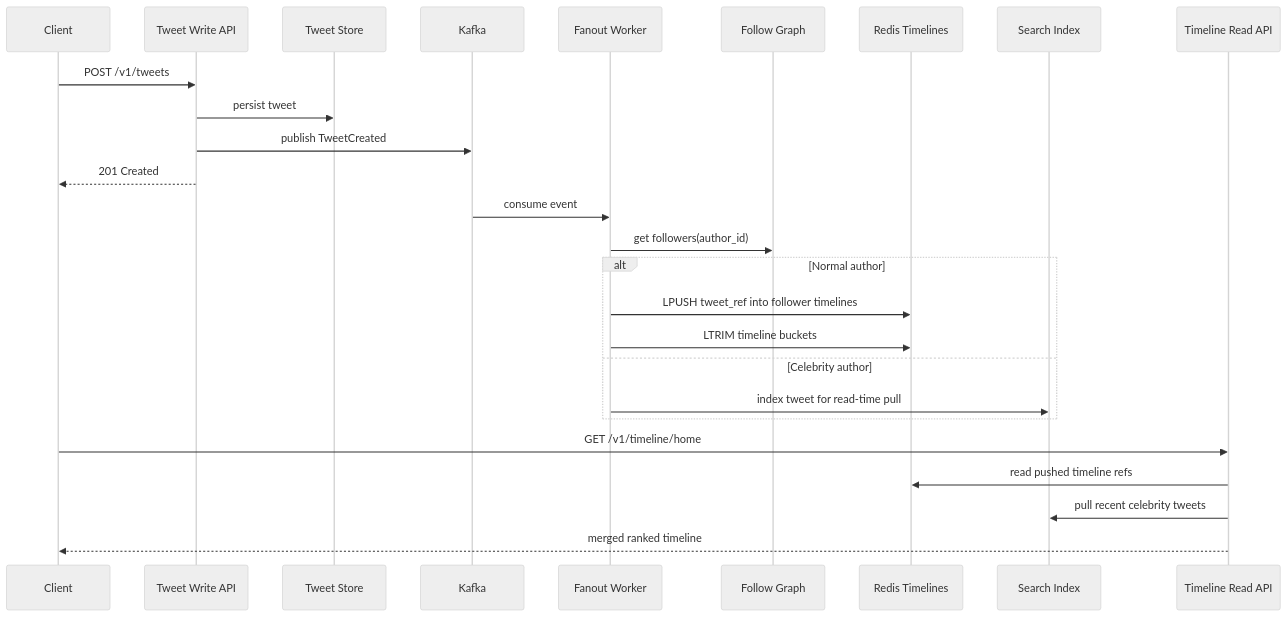
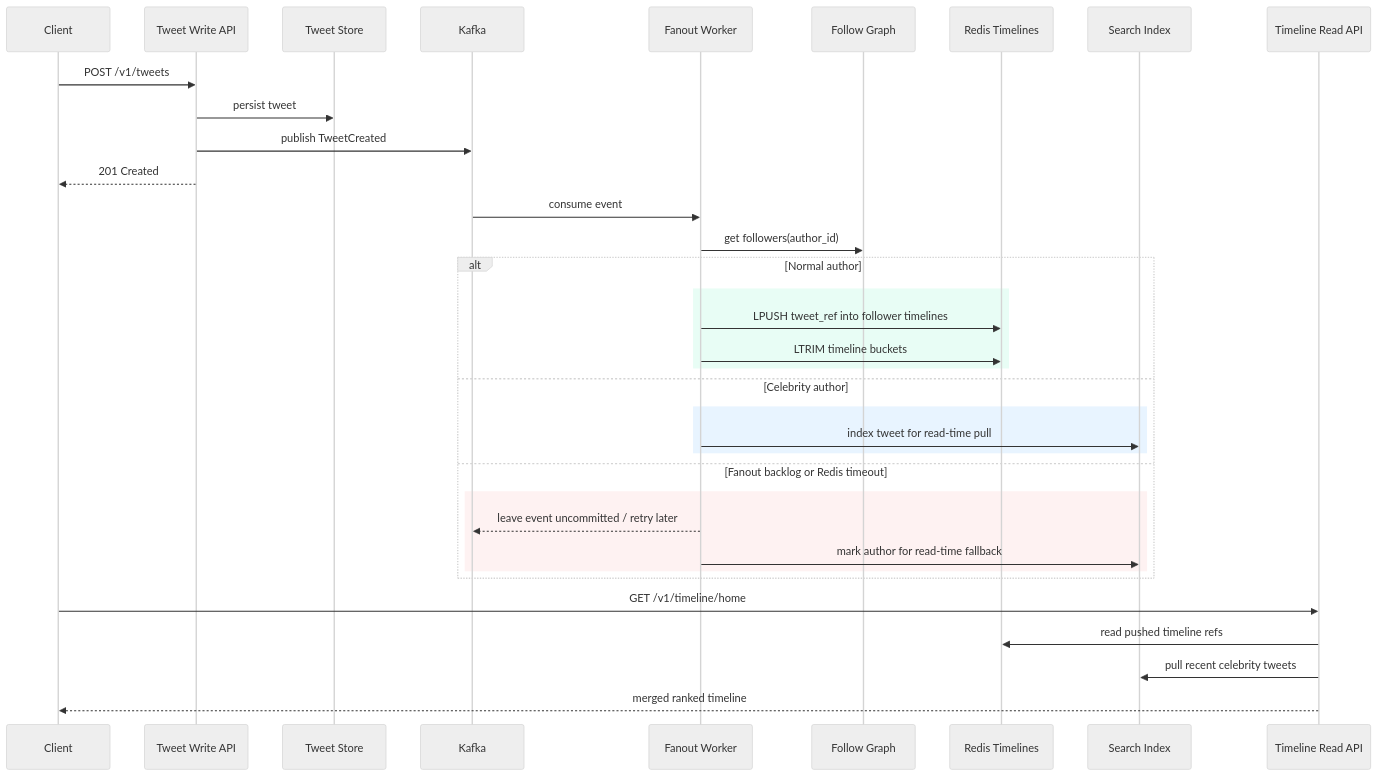
Before and after one commit to MachariaP/system-design-academy: the sixth of 10 diagrams in blueprints/system-designs.md, drawn with Mermaid (neutral theme). The commit also changed other lines of this file, not shown here.

````diff
--- a/blueprints/system-designs.md
+++ b/blueprints/system-designs.md
@@ -621,29 +695,38 @@
 ```mermaid
 sequenceDiagram
     participant C as Client
     participant W as Tweet Write API
     participant T as Tweet Store
     participant K as Kafka
     participant F as Fanout Worker
     participant G as Follow Graph
     participant R as Redis Timelines
     participant S as Search Index
     participant H as Timeline Read API
 
     C->>W: POST /v1/tweets
     W->>T: persist tweet
     W->>K: publish TweetCreated
     W-->>C: 201 Created
     K->>F: consume event
     F->>G: get followers(author_id)
     alt Normal author
+        rect rgb(232, 253, 245)
         F->>R: LPUSH tweet_ref into follower timelines
         F->>R: LTRIM timeline buckets
+        end
     else Celebrity author
+        rect rgb(232, 244, 255)
         F->>S: index tweet for read-time pull
+        end
+    else Fanout backlog or Redis timeout
+        rect rgb(254, 242, 242)
+        F-->>K: leave event uncommitted / retry later
+        F->>S: mark author for read-time fallback
+        end
     end
     C->>H: GET /v1/timeline/home
     H->>R: read pushed timeline refs
     H->>S: pull recent celebrity tweets
     H-->>C: merged ranked timeline
 ```
````
